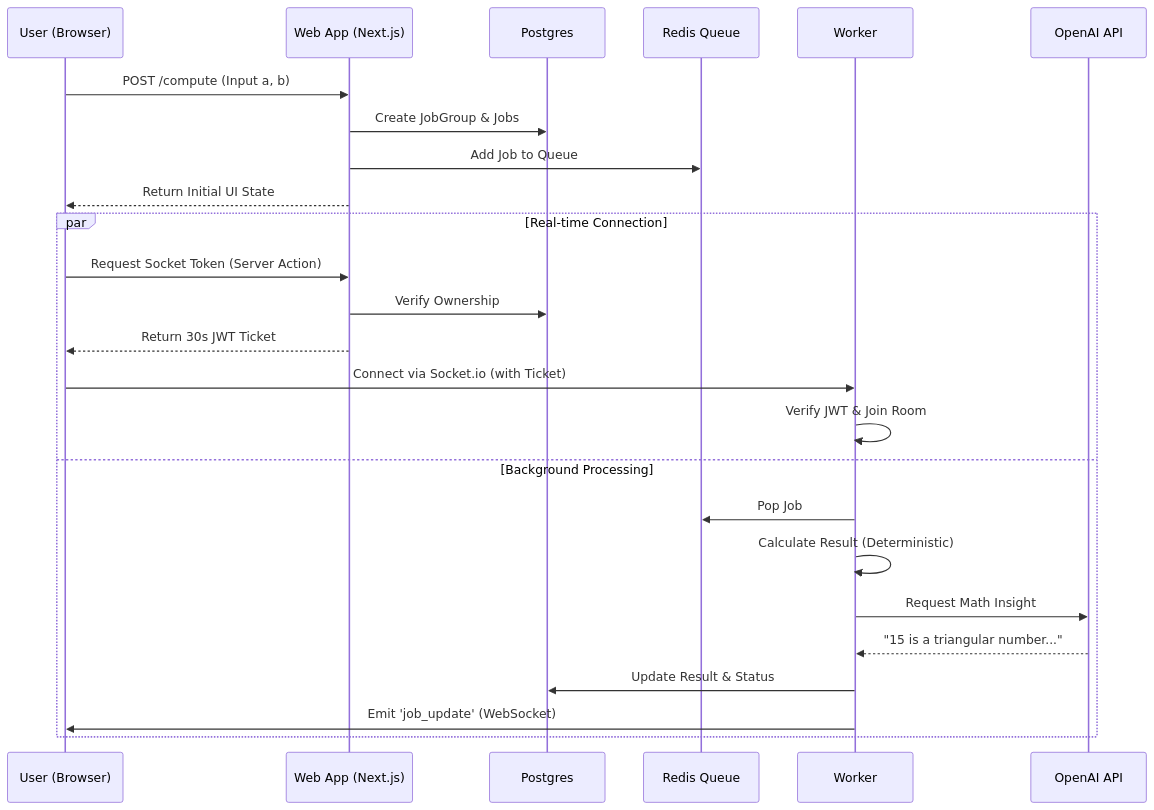
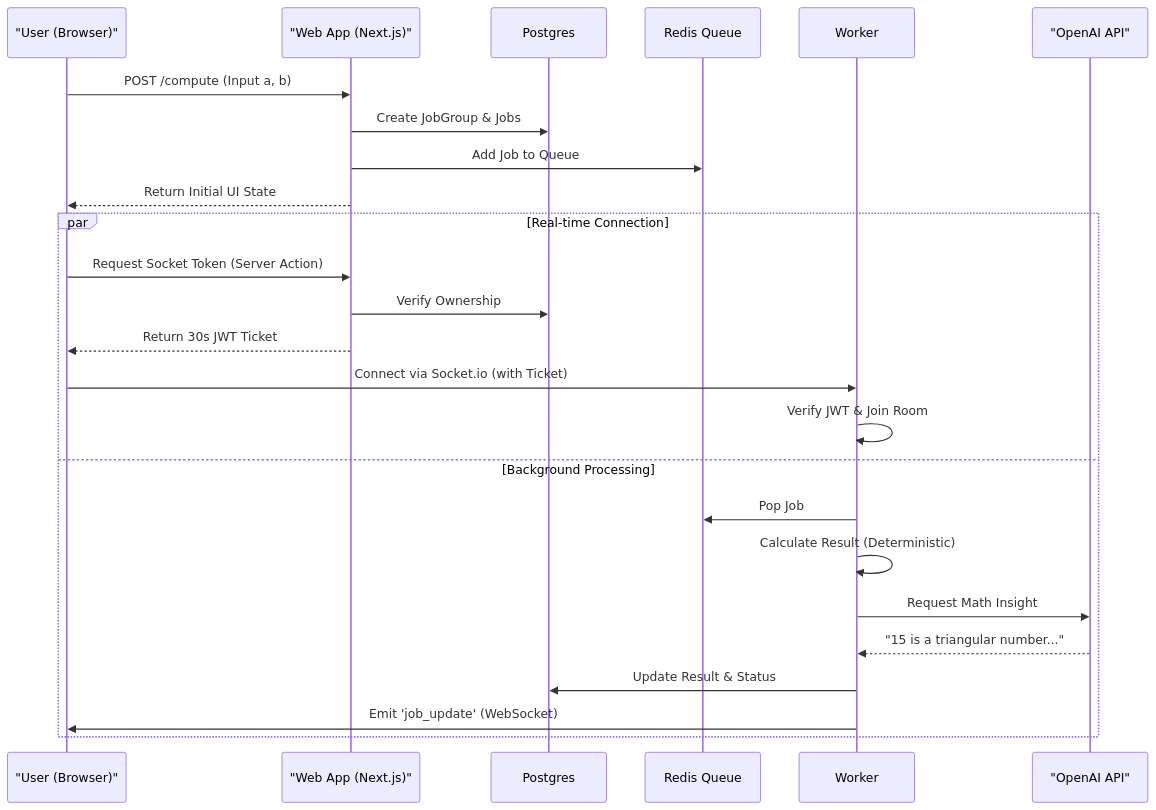
One commit to Vuregu/emma-distributed-calculator changed the first of 2 diagrams in README.md. Above: the diagram before and after it, drawn with Mermaid. The commit also changed other lines of this file, not shown here.

````diff
--- a/README.md
+++ b/README.md
@@ -123,29 +123,29 @@
 ```mermaid
 sequenceDiagram
-    participant U as User (Browser)
-    participant W as Web App (Next.js)
+    participant U as "User (Browser)"
+    participant W as "Web App (Next.js)"
     participant DB as Postgres
     participant Q as Redis Queue
     participant WK as Worker
-    participant AI as OpenAI API
+    participant AI as "OpenAI API"
     
     U->>W: POST /compute (Input a, b)
     W->>DB: Create JobGroup & Jobs
     W->>Q: Add Job to Queue
     W-->>U: Return Initial UI State
     
     par Real-time Connection
         U->>W: Request Socket Token (Server Action)
         W->>DB: Verify Ownership
         W-->>U: Return 30s JWT Ticket
         U->>WK: Connect via Socket.io (with Ticket)
         WK->>WK: Verify JWT & Join Room
     and Background Processing
         WK->>Q: Pop Job
         WK->>WK: Calculate Result (Deterministic)
         WK->>AI: Request Math Insight
         AI-->>WK: "15 is a triangular number..."
         WK->>DB: Update Result & Status
         WK->>U: Emit 'job_update' (WebSocket)
     end
 ```
````
